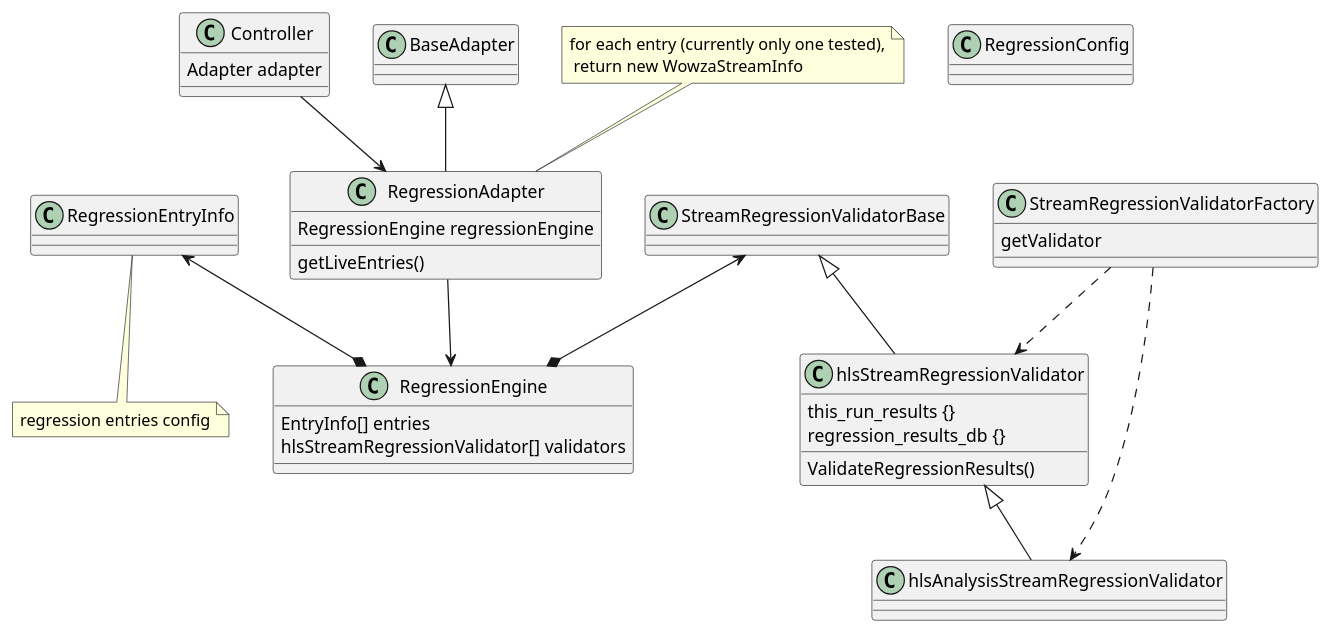
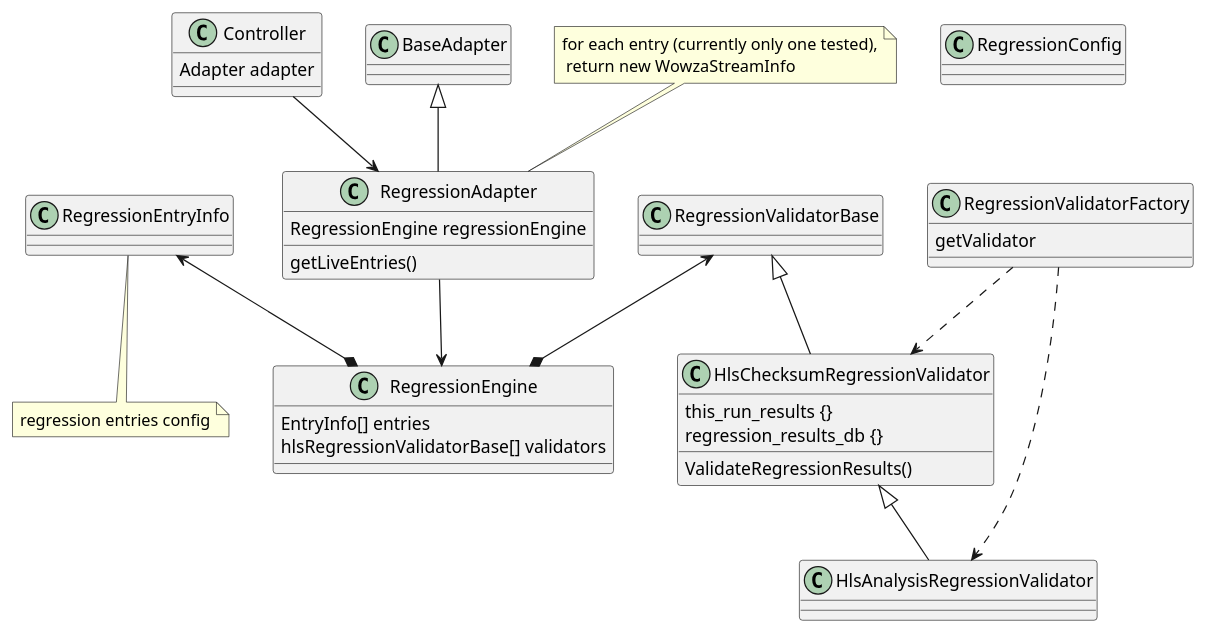
One commit to kaltura/liveDVR changed the diagram in lib/Adapters/RegressionAdapter/RegressionTestStaticDiagram.puml. Above: the diagram before and after it, drawn with PlantUML. The commit also changed 18 other files, not shown here.

```diff
--- a/lib/Adapters/RegressionAdapter/RegressionTestStaticDiagram.puml
+++ b/lib/Adapters/RegressionAdapter/RegressionTestStaticDiagram.puml
@@ -1,62 +1,62 @@
 @startuml
 
 
 class Controller {
 Adapter adapter
 }
 
 class BaseAdapter {
 
 }
 
 class RegressionAdapter {
    RegressionEngine regressionEngine
    getLiveEntries()
 }
 note top: for each entry (currently only one tested),\n return new WowzaStreamInfo
 
 class RegressionEngine {
  EntryInfo[] entries
- hlsStreamRegressionValidator[] validators
+ hlsRegressionValidatorBase[] validators
 }
 
 class RegressionEntryInfo {
 
 }
 
 note bottom: regression entries config
 
-class hlsStreamRegressionValidator {
+class HlsChecksumRegressionValidator {
      this_run_results {}
      regression_results_db {}
      ValidateRegressionResults()
 }
 
 class RegressionConfig {
 
 }
 
-class StreamRegressionValidatorFactory {
+class RegressionValidatorFactory {
     getValidator
 }
 
-class StreamRegressionValidatorBase {
+class RegressionValidatorBase {
 
 }
 
-class  hlsAnalysisStreamRegressionValidator {
+class  HlsAnalysisRegressionValidator {
 
 }
 
 Controller --> RegressionAdapter
 BaseAdapter <|-- RegressionAdapter
 RegressionAdapter --> RegressionEngine
-StreamRegressionValidatorBase <|-- hlsStreamRegressionValidator
-hlsStreamRegressionValidator <|-- hlsAnalysisStreamRegressionValidator
+RegressionValidatorBase <|-- HlsChecksumRegressionValidator
+HlsChecksumRegressionValidator <|-- HlsAnalysisRegressionValidator
 RegressionEntryInfo <--* RegressionEngine
-StreamRegressionValidatorBase <--* RegressionEngine
-StreamRegressionValidatorFactory ..> hlsStreamRegressionValidator
-StreamRegressionValidatorFactory ..> hlsAnalysisStreamRegressionValidator
+RegressionValidatorBase <--* RegressionEngine
+RegressionValidatorFactory ..> HlsChecksumRegressionValidator
+RegressionValidatorFactory ..> HlsAnalysisRegressionValidator
 
 
 @enduml
```
